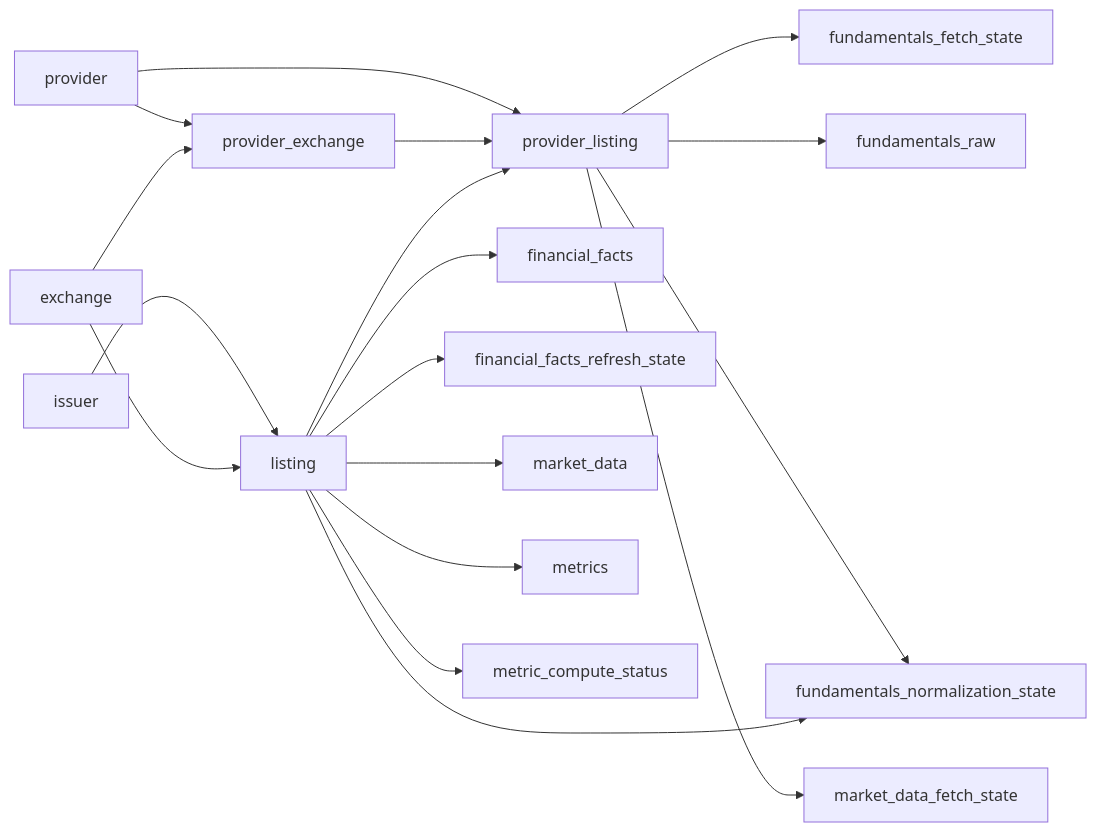
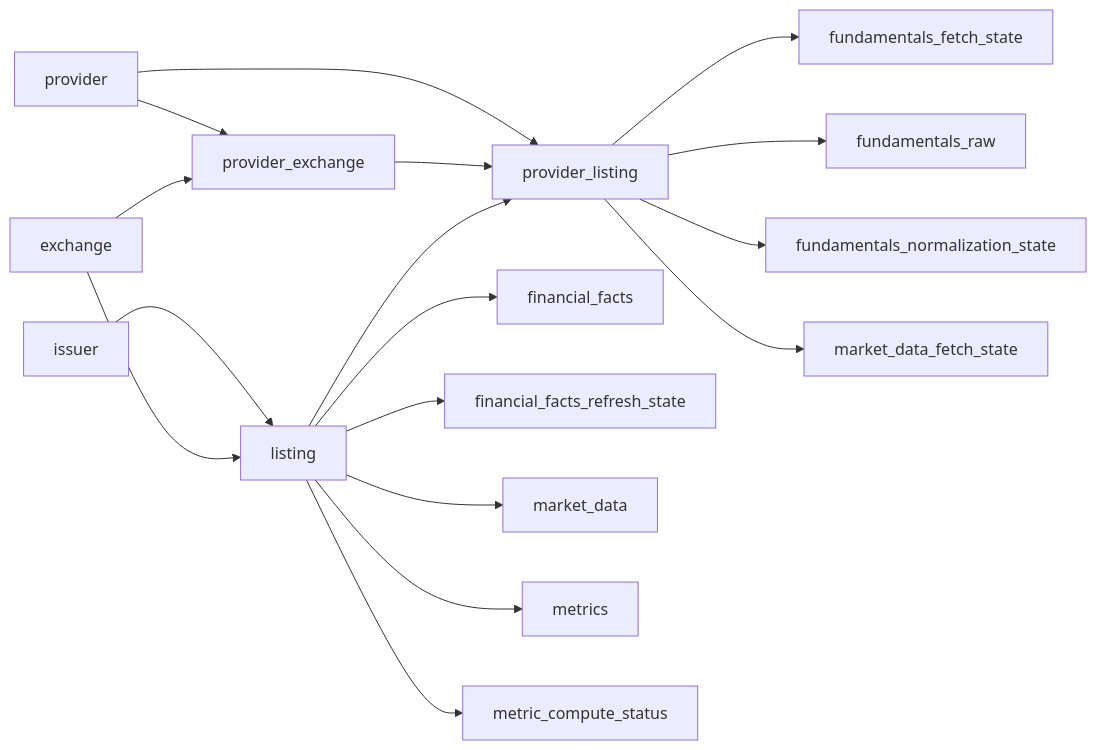
Before and after one commit to emretezel/pyvalue: the first of 2 diagrams in docs/architecture/database/relationships.md, drawn with Mermaid. The commit also changed 21 other files, not shown here.

````diff
--- a/docs/architecture/database/relationships.md
+++ b/docs/architecture/database/relationships.md
@@ -7,20 +7,19 @@
 ```mermaid
 flowchart LR
     provider --> provider_exchange
     exchange --> provider_exchange
     issuer --> listing
     exchange --> listing
     provider --> provider_listing
     provider_exchange --> provider_listing
     listing --> provider_listing
     provider_listing --> fundamentals_fetch_state
     provider_listing --> fundamentals_raw
     provider_listing --> fundamentals_normalization_state
     provider_listing --> market_data_fetch_state
-    listing --> fundamentals_normalization_state
     listing --> financial_facts
     listing --> financial_facts_refresh_state
     listing --> market_data
     listing --> metrics
     listing --> metric_compute_status
 ```
````
